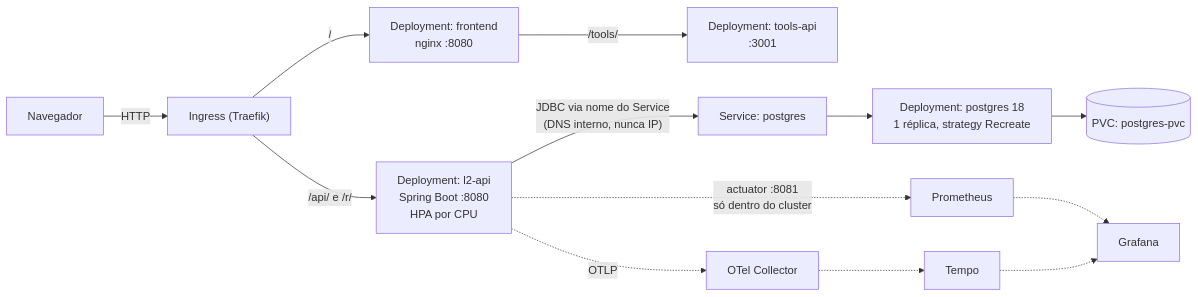
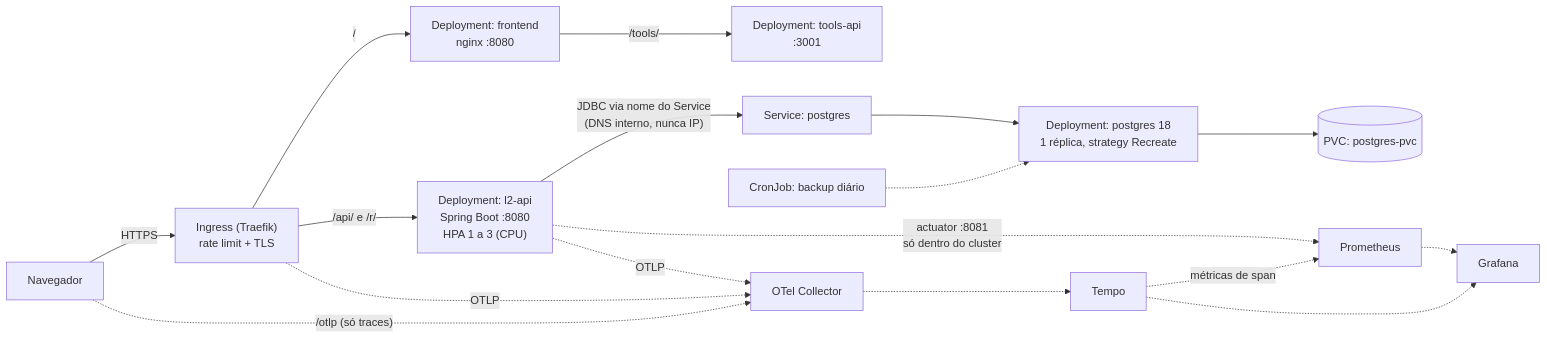
The first of 2 diagrams in README.md (MeloJu/portal-gitops), drawn with Mermaid before and after one commit. The commit also changed other lines of this file and 1 other file, not shown here.

````diff
--- a/README.md
+++ b/README.md
@@ -36,14 +48,19 @@
 ```mermaid
 graph LR
-    U["Navegador"] -->|HTTP| T["Ingress (Traefik)"]
+    U["Navegador"] -->|HTTPS| T["Ingress (Traefik)<br/>rate limit + TLS"]
     T -->|"/"| FE["Deployment: frontend<br/>nginx :8080"]
-    T -->|"/api/ e /r/"| API["Deployment: l2-api<br/>Spring Boot :8080<br/>HPA por CPU"]
+    T -->|"/api/ e /r/"| API["Deployment: l2-api<br/>Spring Boot :8080<br/>HPA 1 a 3 (CPU)"]
     FE -->|"/tools/"| TA["Deployment: tools-api<br/>:3001"]
     API -->|"JDBC via nome do Service<br/>(DNS interno, nunca IP)"| SVC["Service: postgres"]
     SVC --> DB["Deployment: postgres 18<br/>1 réplica, strategy Recreate"]
     DB --> PVC[("PVC: postgres-pvc")]
+    CR["CronJob: backup diário"] -.-> DB
     API -.->|"actuator :8081<br/>só dentro do cluster"| PROM["Prometheus"]
-    API -.->|OTLP| OC["OTel Collector"] -.-> TE["Tempo"]
+    T -.->|OTLP| OC["OTel Collector"]
+    API -.->|OTLP| OC
+    U -.->|"/otlp (só traces)"| OC
+    OC -.-> TE["Tempo"]
+    TE -.->|"métricas de span"| PROM
     PROM -.-> GF["Grafana"]
     TE -.-> GF
 ```
````
